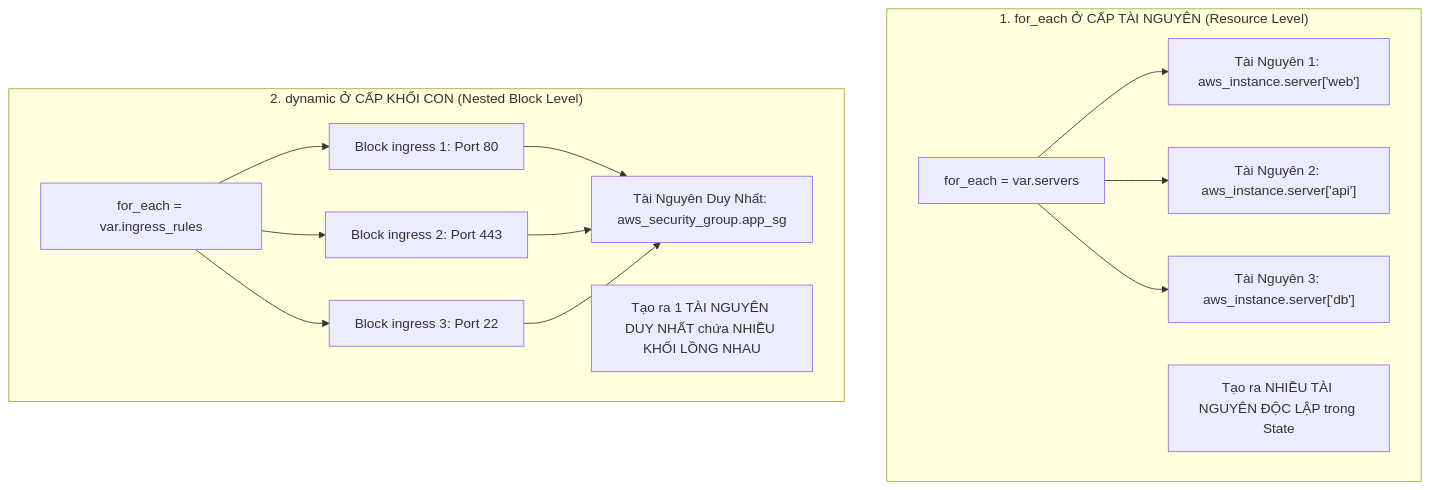
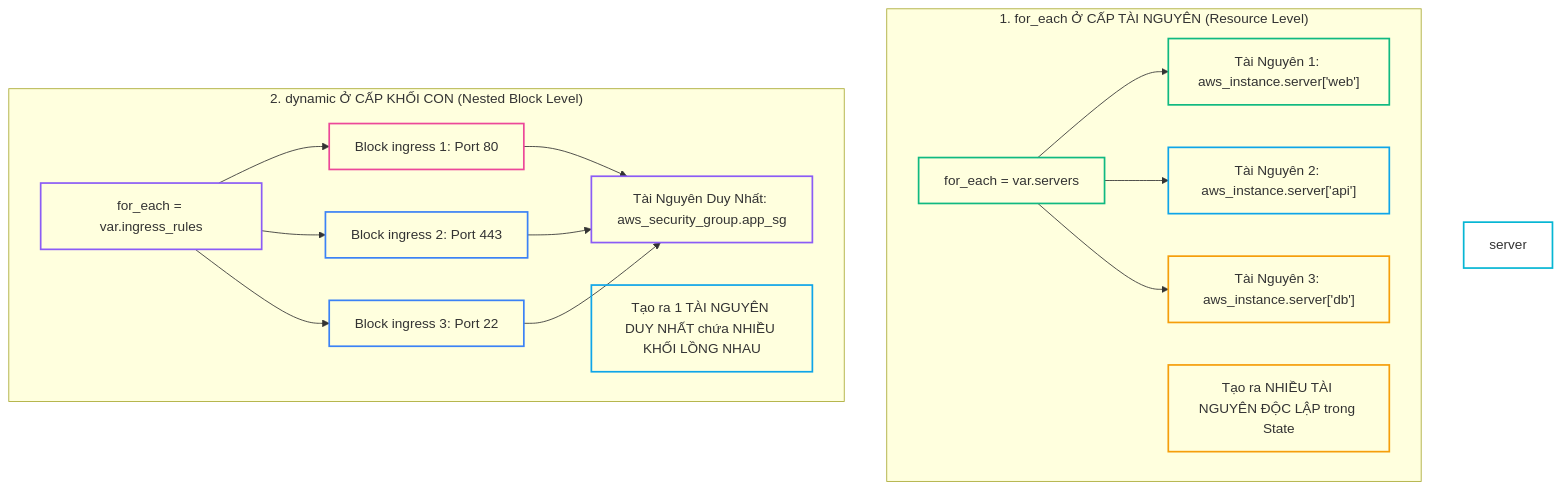
One commit to kiennt308/ntk changed the diagram in _posts/2026-09-13-terraform-14-14-dynamic-blocks-va-for-expressions-lap-trinh-hcl-meta-programming.md. Above: the diagram before and after it, drawn with Mermaid. The commit also changed other lines of this file and 26 other files, not shown here.

Commit message:
style(terraform): standardize presentation, complete titles & summaries, tailor tldr, and optimize lab tables & mermaid across Bài 05 to Bài 31

````diff
--- a/_posts/2026-09-13-terraform-14-14-dynamic-blocks-va-for-expressions-lap-trinh-hcl-meta-programming.md
+++ b/_posts/2026-09-13-terraform-14-14-dynamic-blocks-va-for-expressions-lap-trinh-hcl-meta-programming.md
@@ -41,19 +41,30 @@
 ```mermaid
 graph TD
     subgraph FOR_EACH_RES ["1. for_each Ở CẤP TÀI NGUYÊN (Resource Level)"]
         F1["for_each = var.servers"] --> R1["Tài Nguyên 1: aws_instance.server['web']"]
         F1 --> R2["Tài Nguyên 2: aws_instance.server['api']"]
         F1 --> R3["Tài Nguyên 3: aws_instance.server['db']"]
         Note1["Tạo ra NHIỀU TÀI NGUYÊN ĐỘC LẬP trong State"]
     end
 
     subgraph DYNAMIC_BLOCK ["2. dynamic Ở CẤP KHỐI CON (Nested Block Level)"]
         D1["for_each = var.ingress_rules"] --> B1["Block ingress 1: Port 80"]
         D1 --> B2["Block ingress 2: Port 443"]
         D1 --> B3["Block ingress 3: Port 22"]
         B1 & B2 & B3 --> RES_SINGLE["Tài Nguyên Duy Nhất: aws_security_group.app_sg"]
         Note2["Tạo ra 1 TÀI NGUYÊN DUY NHẤT chứa NHIỀU KHỐI LỒNG NHAU"]
     end
 
-
+    style B2 fill:none,stroke:#3b82f6,stroke-width:2px
+    style Note2 fill:none,stroke:#0ea5e9,stroke-width:2px
+    style R1 fill:none,stroke:#10b981,stroke-width:2px
+    style Note1 fill:none,stroke:#f59e0b,stroke-width:2px
+    style D1 fill:none,stroke:#8b5cf6,stroke-width:2px
+    style B1 fill:none,stroke:#ec4899,stroke-width:2px
+    style server fill:none,stroke:#06b6d4,stroke-width:2px
+    style B3 fill:none,stroke:#3b82f6,stroke-width:2px
+    style R2 fill:none,stroke:#0ea5e9,stroke-width:2px
+    style F1 fill:none,stroke:#10b981,stroke-width:2px
+    style R3 fill:none,stroke:#f59e0b,stroke-width:2px
+    style RES_SINGLE fill:none,stroke:#8b5cf6,stroke-width:2px
 ```
````
